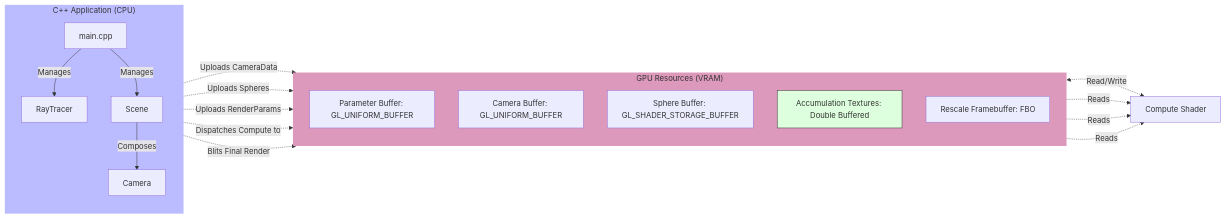
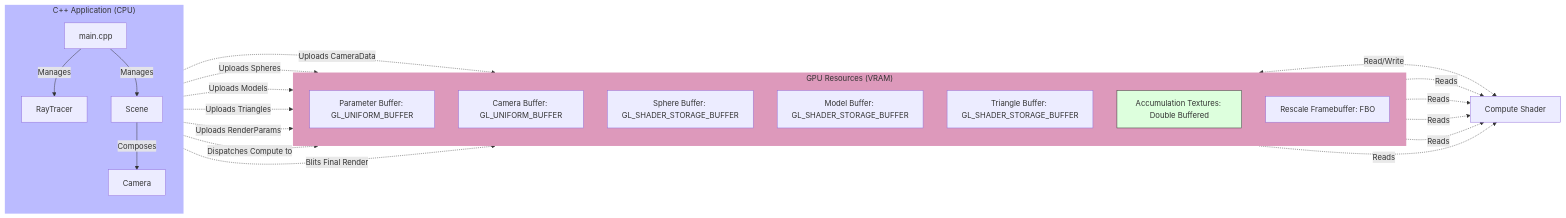
The second of 4 diagrams in doc/guide.md (LEE-CHI-HSUAN/GL-Ray-Tracer), drawn with Mermaid before and after one commit. The commit also changed other lines of this file and 4 other files, not shown here.

````diff
--- a/doc/guide.md
+++ b/doc/guide.md
@@ -56,38 +56,44 @@
 ```mermaid
 graph LR
     subgraph Cpp ["C++ Application (CPU)"]
         direction TB
         Main[main.cpp]
         RT[RayTracer]
         S[Scene]
         Cam[Camera]
         
         Main -->|Manages| RT
         Main -->|Manages| S
         S -->|Composes| Cam
     end
 
     subgraph Gpu ["GPU Resources (VRAM)"]
         direction TB
         UBOP[Parameter Buffer: GL_UNIFORM_BUFFER]
         UBOC[Camera Buffer: GL_UNIFORM_BUFFER]
         SSBOS[Sphere Buffer: GL_SHADER_STORAGE_BUFFER]
+        SSBOM[Model Buffer: GL_SHADER_STORAGE_BUFFER]
+        SSBOT[Triangle Buffer: GL_SHADER_STORAGE_BUFFER]
         Tex[Accumulation Textures: Double Buffered]
         FBO[Rescale Framebuffer: FBO]
     end
 
     Cam -.-> |Uploads CameraData| UBOC
     S -.-> |Uploads Spheres| SSBOS
+    S -.-> |Uploads Models| SSBOM
+    S -.-> |Uploads Triangles| SSBOT
     RT -.-> |Uploads RenderParams| UBOP
     RT -.-> |Dispatches Compute to| Tex
     RT -.-> |Blits Final Render| FBO
     CS[Compute Shader]
     Tex <-.->|Read/Write| CS
     UBOC -.-> |Reads| CS
     SSBOS -.-> |Reads| CS
+    SSBOM -.-> |Reads| CS
+    SSBOT -.-> |Reads| CS
     UBOP -.-> |Reads| CS
 
     style Cpp fill:#bbf,stroke:#333,stroke-width:0px
     style Gpu fill:#d9b,stroke:#333,stroke-width:0px
     style Tex fill:#dfd,stroke:#333,stroke-width:1px
 ```
````
